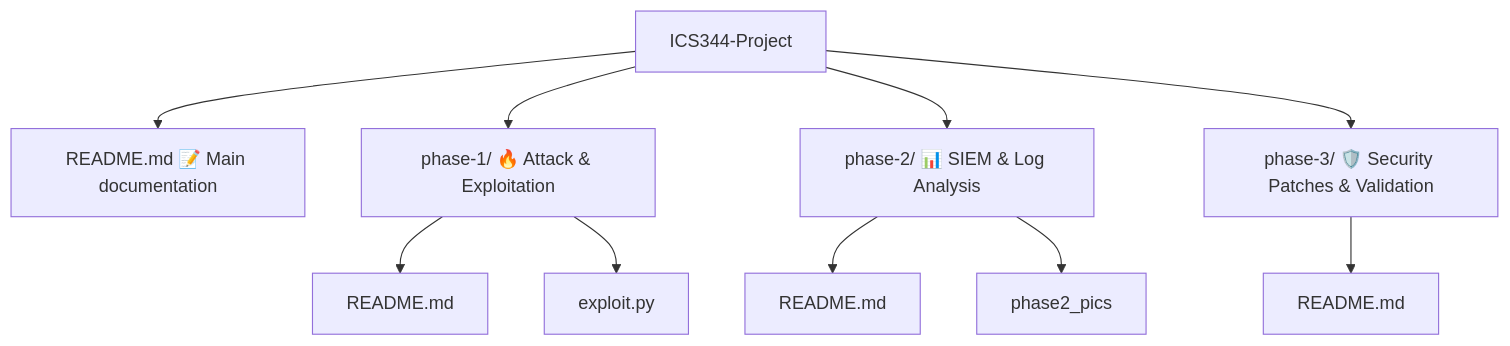
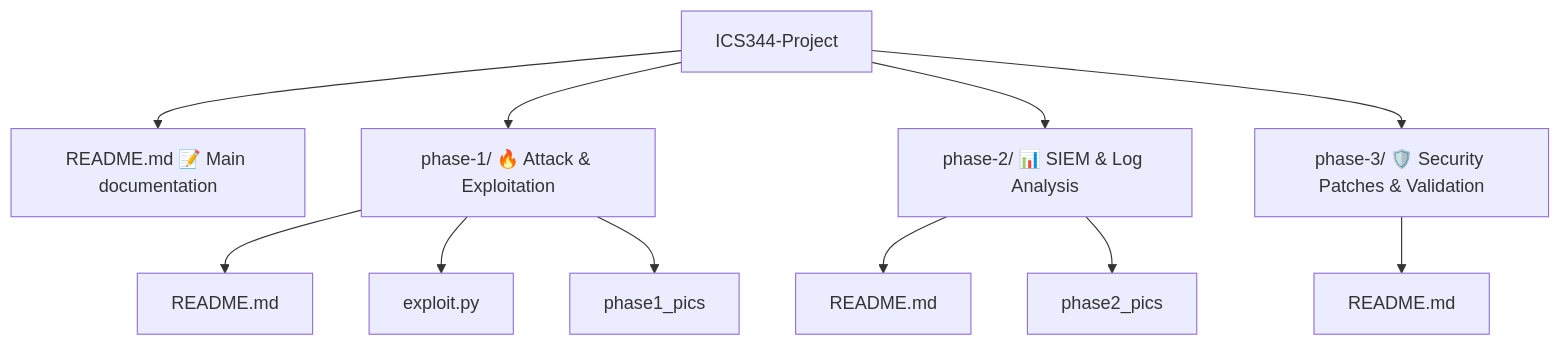
One commit to Hayder-Aleissa/ICS344-Project changed the diagram in readme.md. Above: the diagram before and after it, drawn with Mermaid.

Commit message:
Update main readme.md

````diff
--- a/readme.md
+++ b/readme.md
@@ -69,17 +69,18 @@
 ```mermaid
 graph TD;
     A[ICS344-Project] --> B[README.md 📝 Main documentation]
     A --> C[phase-1/ 🔥 Attack & Exploitation]
     C --> C1[README.md]
     C --> C2[exploit.py]
+    C --> C3[phase1_pics]
 
     
     A --> D[phase-2/ 📊 SIEM & Log Analysis]
     D --> D1[README.md]
     D --> D2[phase2_pics]
 
 
     A --> E[phase-3/ 🛡️ Security Patches & Validation]
     E --> E1[README.md]
 
 ```
````
